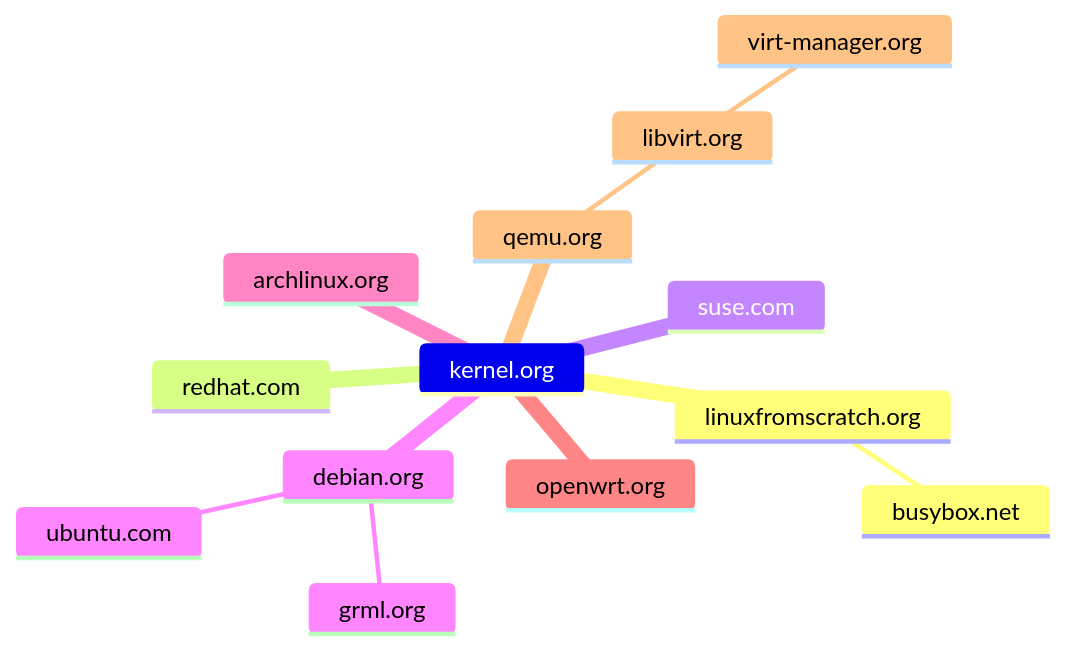
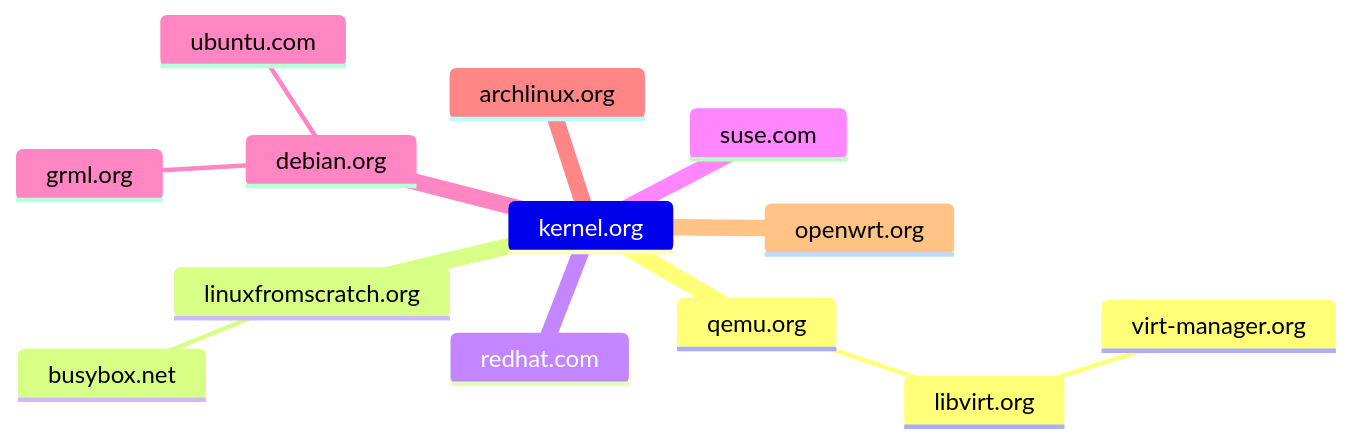
The diagram in l.md (rogernul/temptest), drawn with Mermaid before and after one commit. The commit also changed other lines of this file, not shown here.

````diff
--- a/l.md
+++ b/l.md
@@ -1,16 +1,16 @@
 ```mermaid
 mindmap
 kernel.org
+    qemu.org
+      libvirt.org
+        virt-manager.org
     linuxfromscratch.org
       busybox.net
     redhat.com
     suse.com
     debian.org
       grml.org
       ubuntu.com
     archlinux.org
     openwrt.org
-    qemu.org
-      libvirt.org
-        virt-manager.org
 ```
````
